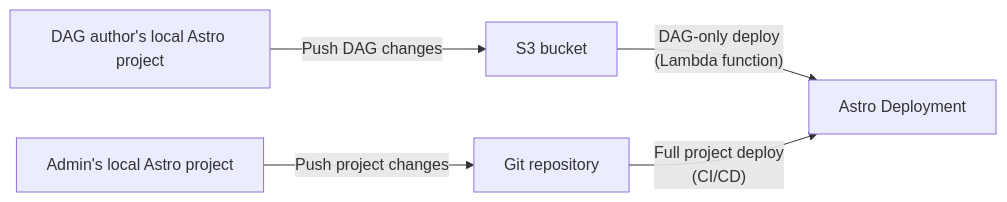
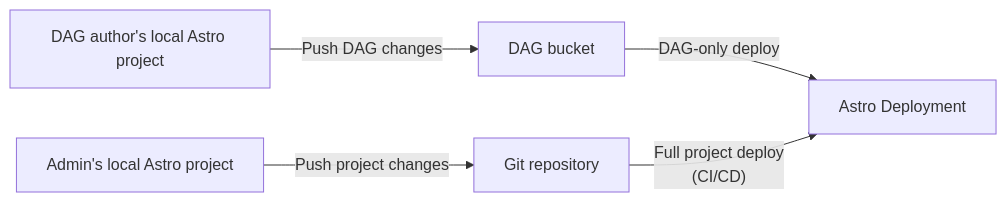
Before and after one commit to astronomer/docs: the fourth of 4 diagrams in astro/set-up-ci-cd.md, drawn with Mermaid.

Commit message:
Fix example in diagram

````diff
--- a/astro/set-up-ci-cd.md
+++ b/astro/set-up-ci-cd.md
@@ -159,9 +159,9 @@
 ```mermaid
 flowchart LR;
     classDef subgraph_padding fill:none,stroke:none
     classDef astro fill:#dbcdf6,stroke:#333,stroke-width:2px;
     id1[Admin's local Astro project]-->|Push project changes|id5[Git repository]
-    id4[DAG author's local Astro project]-->|Push DAG changes|id2[S3 bucket]
-    id2-->|"DAG-only deploy </br>(Lambda function)" | id3[Astro Deployment]
+    id4[DAG author's local Astro project]-->|Push DAG changes|id2[DAG bucket]
+    id2-->|"DAG-only deploy" | id3[Astro Deployment]
     id5-->|"Full project deploy </br> (CI/CD)"|id3
 ```
````
